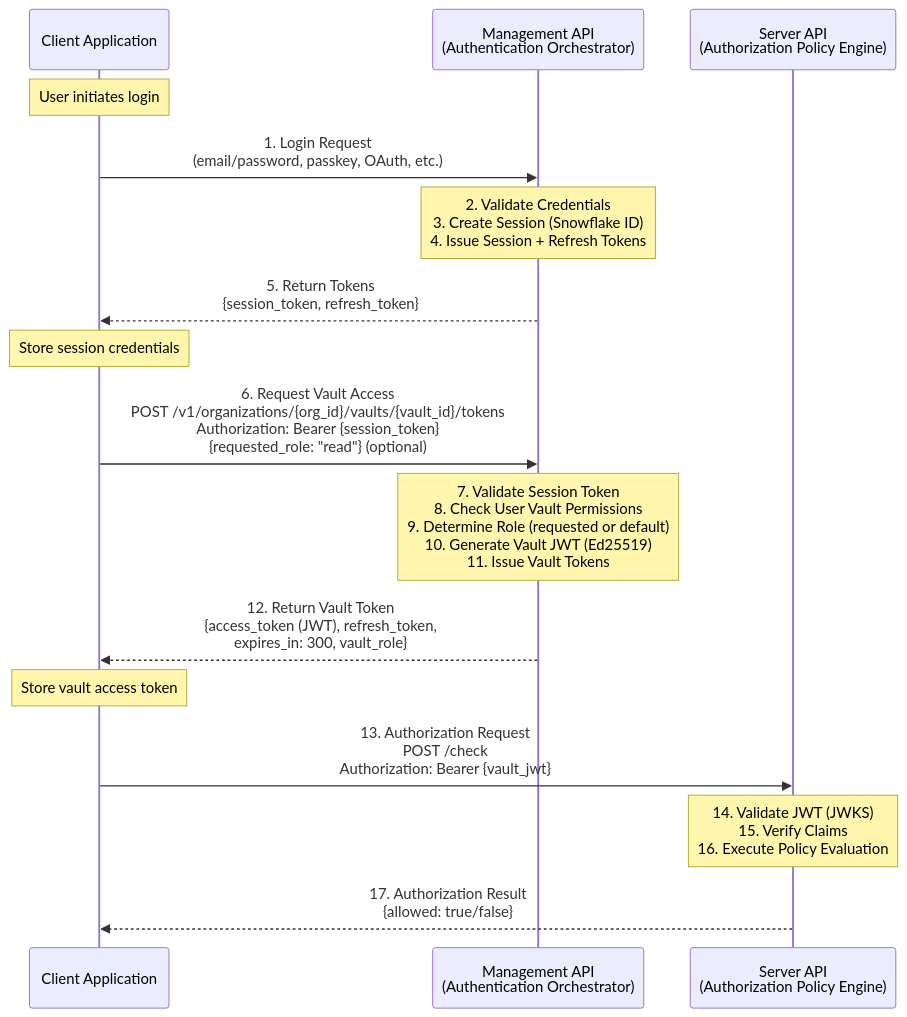
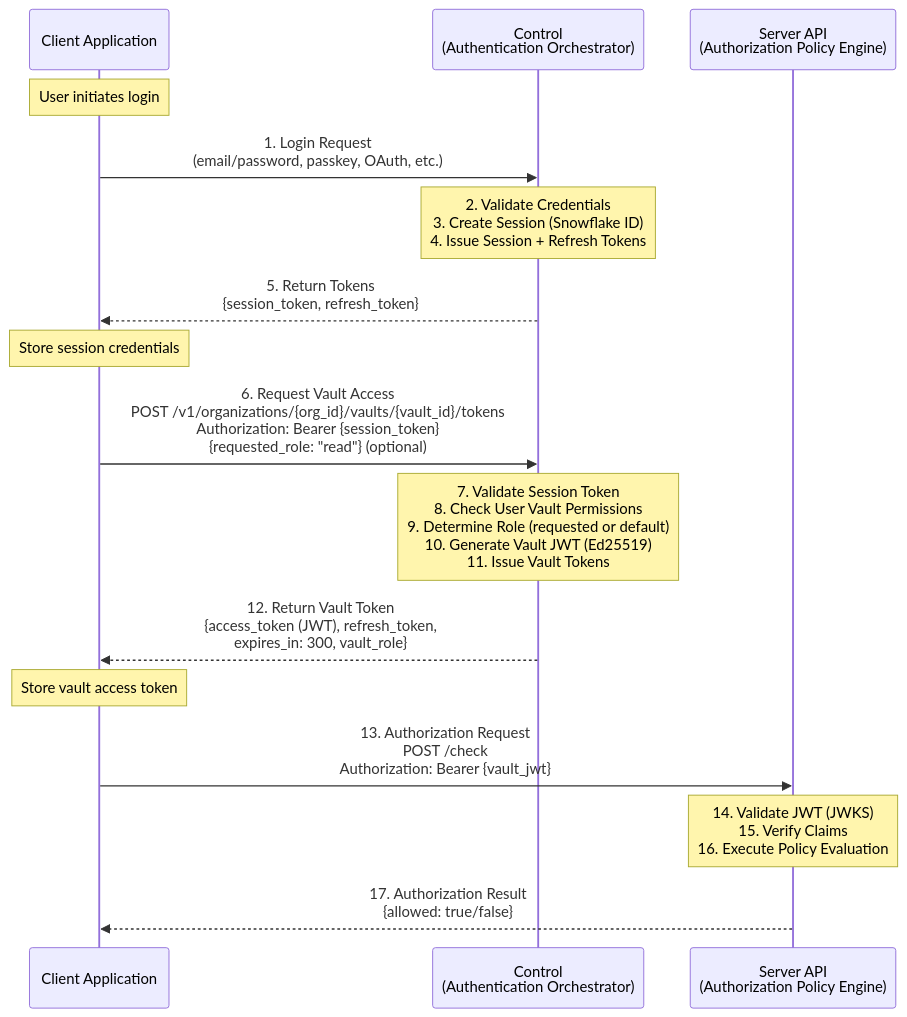
Before and after one commit to inferadb/control: the first of 8 diagrams in docs/authentication.md, drawn with Mermaid. The commit also changed other lines of this file and 245 other files, not shown here.

````diff
--- a/docs/authentication.md
+++ b/docs/authentication.md
@@ -92,29 +92,29 @@
 ```mermaid
 sequenceDiagram
     participant Client as Client Application
-    participant MgmtAPI as Management API<br/>(Authentication Orchestrator)
+    participant MgmtAPI as Control<br/>(Authentication Orchestrator)
     participant ServerAPI as Server API<br/>(Authorization Policy Engine)
 
     Note over Client: User initiates login
     Client->>MgmtAPI: 1. Login Request<br/>(email/password, passkey, OAuth, etc.)
 
     Note over MgmtAPI: 2. Validate Credentials<br/>3. Create Session (Snowflake ID)<br/>4. Issue Session + Refresh Tokens
 
     MgmtAPI-->>Client: 5. Return Tokens<br/>{session_token, refresh_token}
 
     Note over Client: Store session credentials
 
     Client->>MgmtAPI: 6. Request Vault Access<br/>POST /v1/organizations/{org_id}/vaults/{vault_id}/tokens<br/>Authorization: Bearer {session_token}<br/>{requested_role: "read"} (optional)
 
     Note over MgmtAPI: 7. Validate Session Token<br/>8. Check User Vault Permissions<br/>9. Determine Role (requested or default)<br/>10. Generate Vault JWT (Ed25519)<br/>11. Issue Vault Tokens
 
     MgmtAPI-->>Client: 12. Return Vault Token<br/>{access_token (JWT), refresh_token,<br/>expires_in: 300, vault_role}
 
     Note over Client: Store vault access token
 
     Client->>ServerAPI: 13. Authorization Request<br/>POST /check<br/>Authorization: Bearer {vault_jwt}
 
     Note over ServerAPI: 14. Validate JWT (JWKS)<br/>15. Verify Claims<br/>16. Execute Policy Evaluation
 
     ServerAPI-->>Client: 17. Authorization Result<br/>{allowed: true/false}
 ```
````
